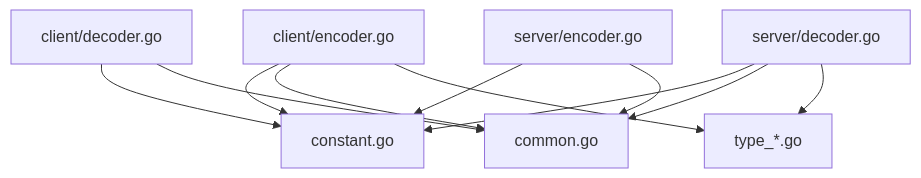
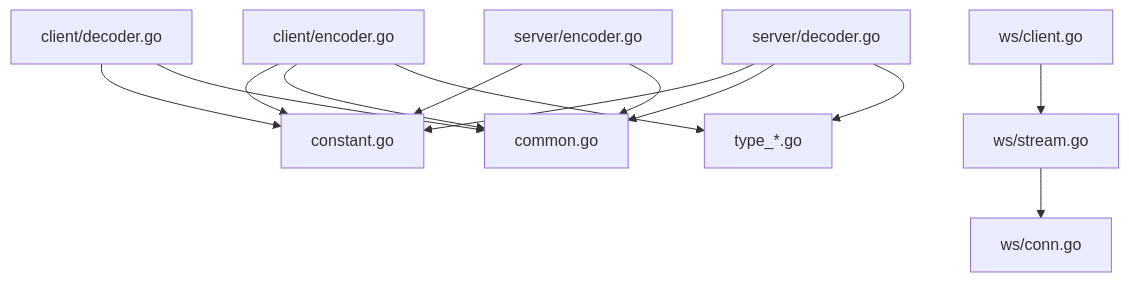
Before and after one commit to soyacen/goose: the tenth of 10 diagrams in .agents/repowiki/zh/content/HTTP 服务器框架/编解码器系统.md, drawn with Mermaid. The commit also changed other lines of this file and 3 other files, not shown here.

````diff
--- a/.agents/repowiki/zh/content/HTTP 服务器框架/编解码器系统.md
+++ b/.agents/repowiki/zh/content/HTTP 服务器框架/编解码器系统.md
@@ -384,13 +488,15 @@
 ```mermaid
 graph TB
 CE["client/encoder.go"] --> Const["constant.go"]
 CE --> Common["common.go"]
 CE --> Types["type_*.go"]
 CD["client/decoder.go"] --> Const
 CD --> Common
 SE["server/encoder.go"] --> Const
 SE --> Common
 SD["server/decoder.go"] --> Const
 SD --> Common
 SD --> Types
+WS_Stream["ws/stream.go"] --> WS_Conn["ws/conn.go"]
+WS_Client["ws/client.go"] --> WS_Stream
 ```
````
